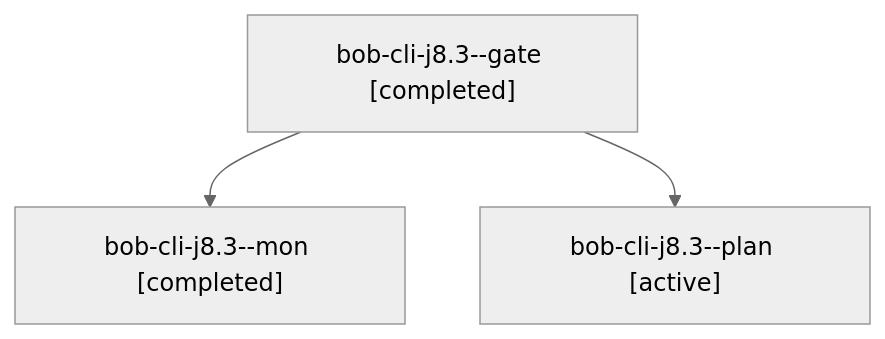
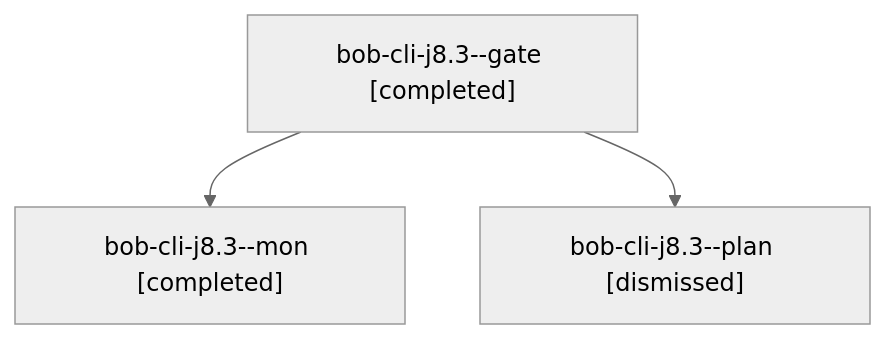
The diagram in sessions/bbugyi200.apollo.bob-cli-j8.3.md (bobs-org/bob-cli--agents), drawn with Mermaid (neutral theme) before and after one commit. The commit also changed other lines of this file and 79 other files, not shown here.

````diff
--- a/sessions/bbugyi200.apollo.bob-cli-j8.3.md
+++ b/sessions/bbugyi200.apollo.bob-cli-j8.3.md
@@ -9,8 +9,8 @@
 ```mermaid
 flowchart TD
   n0["bob-cli-j8.3--gate [completed]"]
   n1["bob-cli-j8.3--mon [completed]"]
   n0 --> n1
-  n2["bob-cli-j8.3--plan [active]"]
+  n2["bob-cli-j8.3--plan [dismissed]"]
   n0 --> n2
 ```
````
